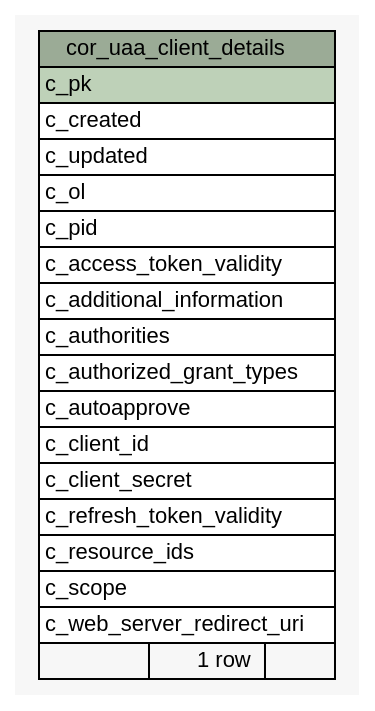
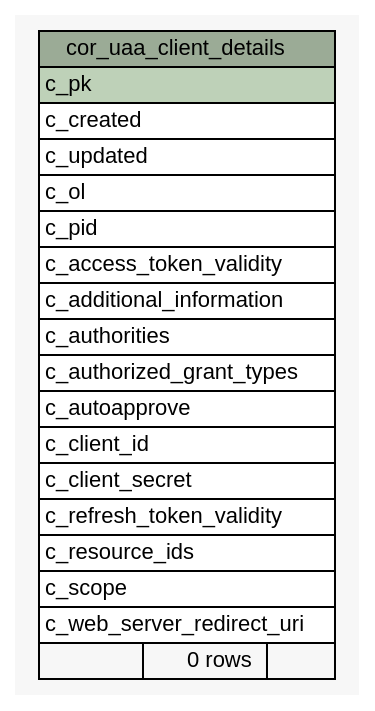
The diagram in 1.1.0-SNAPSHOT/schemaspy/diagrams/summary/cor_uaa_client_details.1degree.dot (openwms/org.openwms.core.uaa), drawn with Graphviz before and after one commit. The commit also changed 402 other files, not shown here.

```diff
--- a/1.1.0-SNAPSHOT/schemaspy/diagrams/summary/cor_uaa_client_details.1degree.dot
+++ b/1.1.0-SNAPSHOT/schemaspy/diagrams/summary/cor_uaa_client_details.1degree.dot
@@ -1,45 +1,45 @@
-// dot 2.38.0 on Linux 4.15.0-1077-gcp
+// dot 2.43.0 on Linux 5.4.0-1039-azure
 // SchemaSpy rev Unknown
 digraph "cor_uaa_client_details" {
   graph [
     rankdir="RL"
     bgcolor="#f7f7f7"
     nodesep="0.18"
     ranksep="0.46"
     fontname="Helvetica"
     fontsize="11"
   ];
   node [
     fontname="Helvetica"
     fontsize="11"
     shape="plaintext"
   ];
   edge [
     arrowsize="0.8"
   ];
   "cor_uaa_client_details" [
     label=<
     <TABLE BORDER="0" CELLBORDER="1" CELLSPACING="0" BGCOLOR="#ffffff">
       <TR><TD COLSPAN="3" BGCOLOR="#9bab96" ALIGN="CENTER">cor_uaa_client_details</TD></TR>
       <TR><TD PORT="c_pk" COLSPAN="3" BGCOLOR="#bed1b8" ALIGN="LEFT">c_pk</TD></TR>
       <TR><TD PORT="c_created" COLSPAN="3" ALIGN="LEFT">c_created</TD></TR>
       <TR><TD PORT="c_updated" COLSPAN="3" ALIGN="LEFT">c_updated</TD></TR>
       <TR><TD PORT="c_ol" COLSPAN="3" ALIGN="LEFT">c_ol</TD></TR>
       <TR><TD PORT="c_pid" COLSPAN="3" ALIGN="LEFT">c_pid</TD></TR>
       <TR><TD PORT="c_access_token_validity" COLSPAN="3" ALIGN="LEFT">c_access_token_validity</TD></TR>
       <TR><TD PORT="c_additional_information" COLSPAN="3" ALIGN="LEFT">c_additional_information</TD></TR>
       <TR><TD PORT="c_authorities" COLSPAN="3" ALIGN="LEFT">c_authorities</TD></TR>
       <TR><TD PORT="c_authorized_grant_types" COLSPAN="3" ALIGN="LEFT">c_authorized_grant_types</TD></TR>
       <TR><TD PORT="c_autoapprove" COLSPAN="3" ALIGN="LEFT">c_autoapprove</TD></TR>
       <TR><TD PORT="c_client_id" COLSPAN="3" ALIGN="LEFT">c_client_id</TD></TR>
       <TR><TD PORT="c_client_secret" COLSPAN="3" ALIGN="LEFT">c_client_secret</TD></TR>
       <TR><TD PORT="c_refresh_token_validity" COLSPAN="3" ALIGN="LEFT">c_refresh_token_validity</TD></TR>
       <TR><TD PORT="c_resource_ids" COLSPAN="3" ALIGN="LEFT">c_resource_ids</TD></TR>
       <TR><TD PORT="c_scope" COLSPAN="3" ALIGN="LEFT">c_scope</TD></TR>
       <TR><TD PORT="c_web_server_redirect_uri" COLSPAN="3" ALIGN="LEFT">c_web_server_redirect_uri</TD></TR>
-      <TR><TD ALIGN="LEFT" BGCOLOR="#f7f7f7">  </TD><TD ALIGN="RIGHT" BGCOLOR="#f7f7f7">1 row</TD><TD ALIGN="RIGHT" BGCOLOR="#f7f7f7">  </TD></TR>
+      <TR><TD ALIGN="LEFT" BGCOLOR="#f7f7f7">  </TD><TD ALIGN="RIGHT" BGCOLOR="#f7f7f7">0 rows</TD><TD ALIGN="RIGHT" BGCOLOR="#f7f7f7">  </TD></TR>
     </TABLE>>
     URL="tables/cor_uaa_client_details.html"
     tooltip="cor_uaa_client_details"
   ];
 }
```
